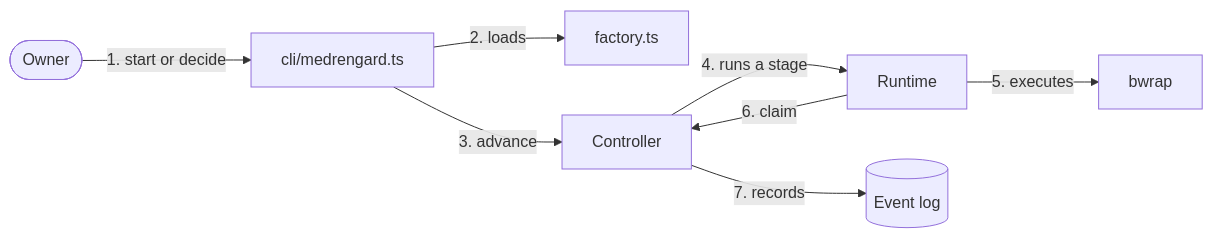
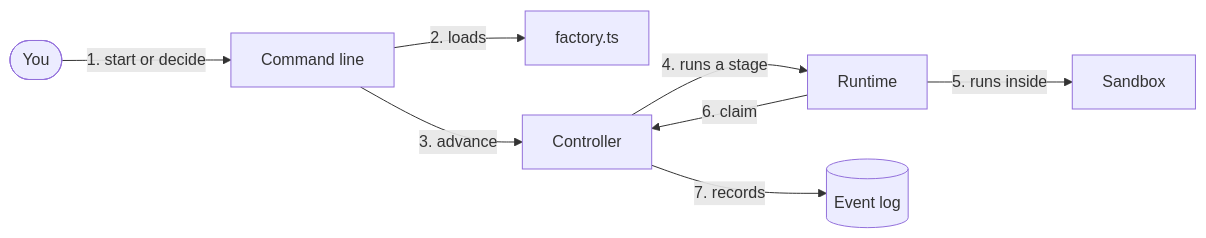
The diagram in docs/guide.md (rileylum/medrengard), drawn with Mermaid before and after one commit. The commit also changed other lines of this file, not shown here.

````diff
--- a/docs/guide.md
+++ b/docs/guide.md
@@ -50,10 +67,10 @@
 ```mermaid
 flowchart LR
-  O([Owner]) -- "1. start or decide" --> CLI[cli/medrengard.ts]
+  O([You]) -- "1. start or decide" --> CLI[Command line]
   CLI -- "2. loads" --> F[factory.ts]
   CLI -- "3. advance" --> C[Controller]
   C -- "4. runs a stage" --> R[Runtime]
-  R -- "5. executes" --> B[bwrap]
+  R -- "5. runs inside" --> B[Sandbox]
   R -- "6. claim" --> C
   C -- "7. records" --> L[(Event log)]
 ```
````
